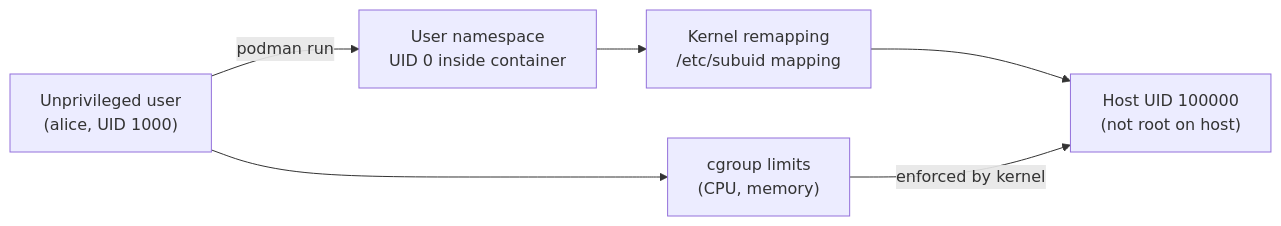
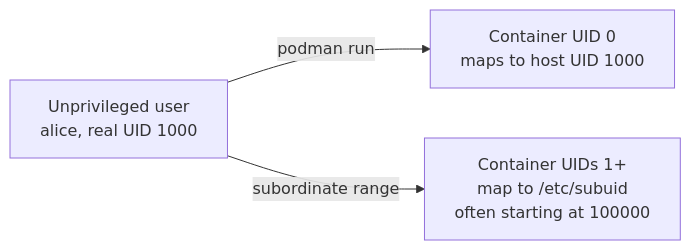
One commit to UncleJS/course_devops_career changed the fifth of 5 diagrams in module-05-containers.md. Above: the diagram before and after it, drawn with Mermaid. The commit also changed other lines of this file and 16 other files, not shown here.

````diff
--- a/module-05-containers.md
+++ b/module-05-containers.md
@@ -899,14 +882,9 @@
 ```mermaid
 flowchart LR
-    USER["Unprivileged user<br/>(alice, UID 1000)"]
-    USERNS["User namespace<br/>UID 0 inside container"]
-    REMAP["Kernel remapping<br/>/etc/subuid mapping"]
-    HOST["Host UID 100000<br/>(not root on host)"]
-    CGROUP["cgroup limits<br/>(CPU, memory)"]
+    USER["Unprivileged user<br/>alice, real UID 1000"]
+    UID0["Container UID 0<br/>maps to host UID 1000"]
+    UIDN["Container UIDs 1+<br/>map to /etc/subuid<br/>often starting at 100000"]
 
-    USER -->|"podman run"| USERNS
-    USERNS --> REMAP
-    REMAP --> HOST
-    USER --> CGROUP
-    CGROUP -->|"enforced by kernel"| HOST
+    USER -->|"podman run"| UID0
+    USER -->|"subordinate range"| UIDN
 ```
````
